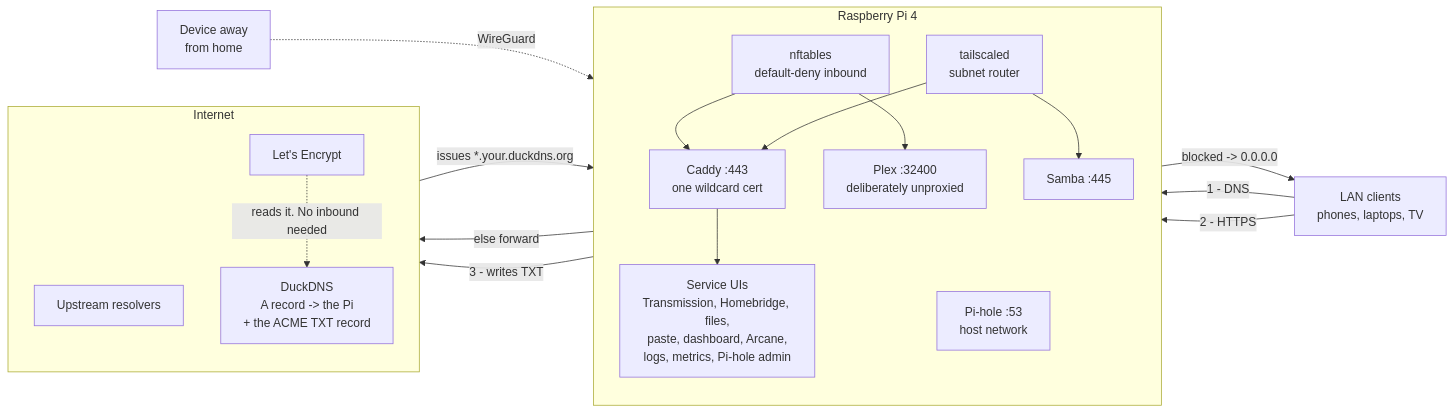
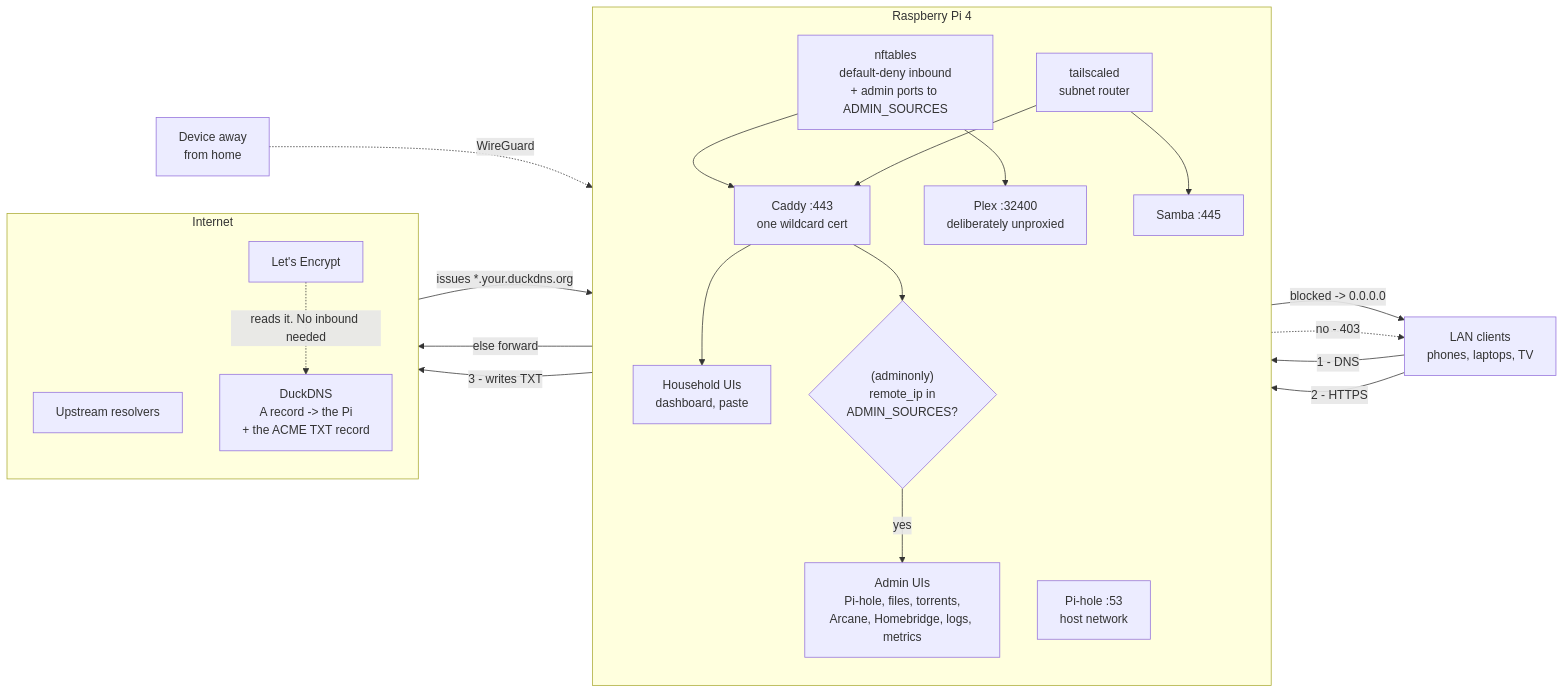
One commit to butteredstardust/homeberry changed the first of 2 diagrams in README.md. Above: the diagram before and after it, drawn with Mermaid. The commit also changed other lines of this file and 6 other files, not shown here.

````diff
--- a/README.md
+++ b/README.md
@@ -72,37 +79,42 @@
 ```mermaid
 flowchart LR
     CLI["LAN clients<br/>phones, laptops, TV"]
     REM["Device away<br/>from home"]
 
     subgraph pi["Raspberry Pi 4"]
         direction TB
-        NFT["nftables<br/>default-deny inbound"]
+        NFT["nftables<br/>default-deny inbound<br/>+ admin ports to ADMIN_SOURCES"]
         PH["Pi-hole :53<br/>host network"]
         TS["tailscaled<br/>subnet router"]
         CAD["Caddy :443<br/>one wildcard cert"]
-        APPS["Service UIs<br/>Transmission, Homebridge, files,<br/>paste, dashboard, Arcane,<br/>logs, metrics, Pi-hole admin"]
+        ADM{"(adminonly)<br/>remote_ip in<br/>ADMIN_SOURCES?"}
+        APPS["Household UIs<br/>dashboard, paste"]
+        ADMIN["Admin UIs<br/>Pi-hole, files, torrents,<br/>Arcane, Homebridge, logs, metrics"]
         PLEX["Plex :32400<br/>deliberately unproxied"]
         SMB["Samba :445"]
     end
 
     subgraph net["Internet"]
         direction TB
         UP["Upstream resolvers"]
         DUCK["DuckDNS<br/>A record -> the Pi<br/>+ the ACME TXT record"]
         LE["Let's Encrypt"]
     end
 
     CLI -->|"1 - DNS"| PH
     PH -->|"blocked -> 0.0.0.0"| CLI
     PH -->|"else forward"| UP
     CLI -->|"2 - HTTPS"| NFT
     NFT --> CAD
     NFT --> PLEX
     CAD --> APPS
+    CAD --> ADM
+    ADM -->|"yes"| ADMIN
+    ADM -.->|"no - 403"| CLI
     CAD -->|"3 - writes TXT"| DUCK
     LE -.->|"reads it. No inbound needed"| DUCK
     LE -->|"issues *.your.duckdns.org"| CAD
     REM -.->|"WireGuard"| TS
     TS --> CAD
     TS --> SMB
 ```
````
